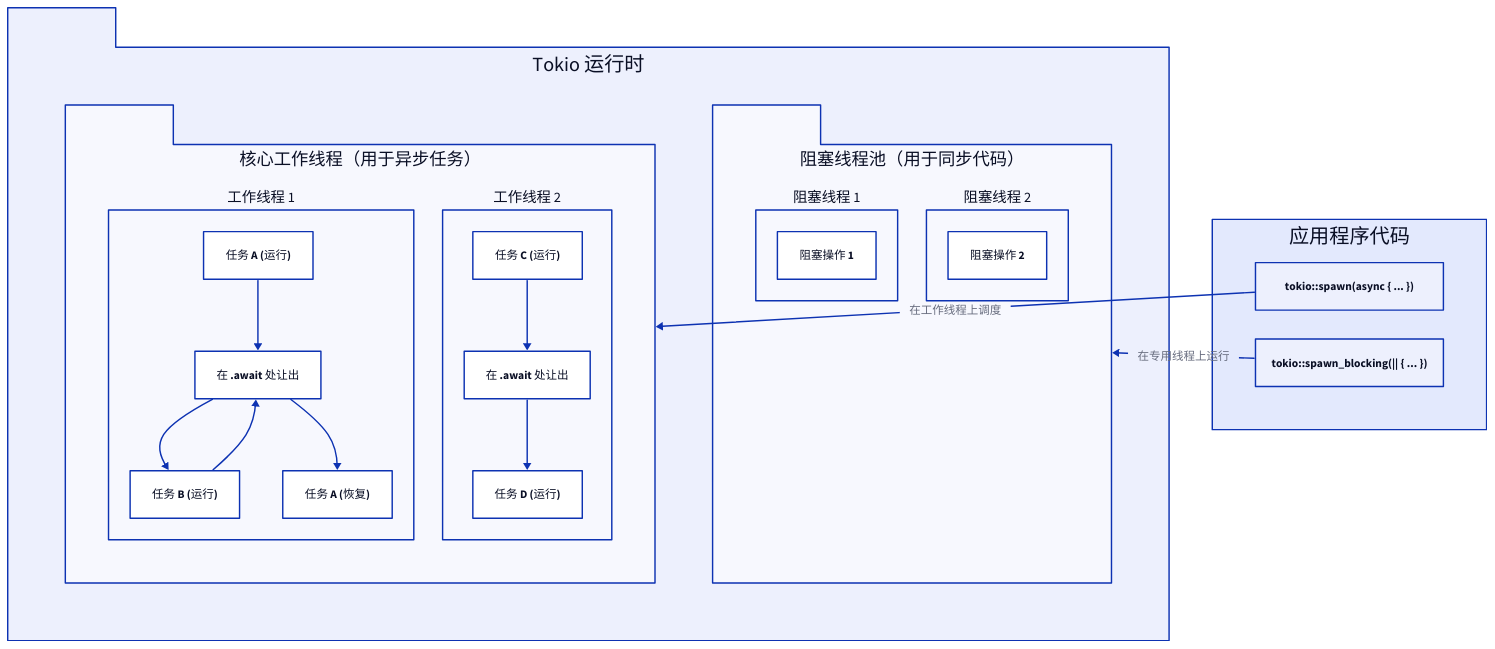
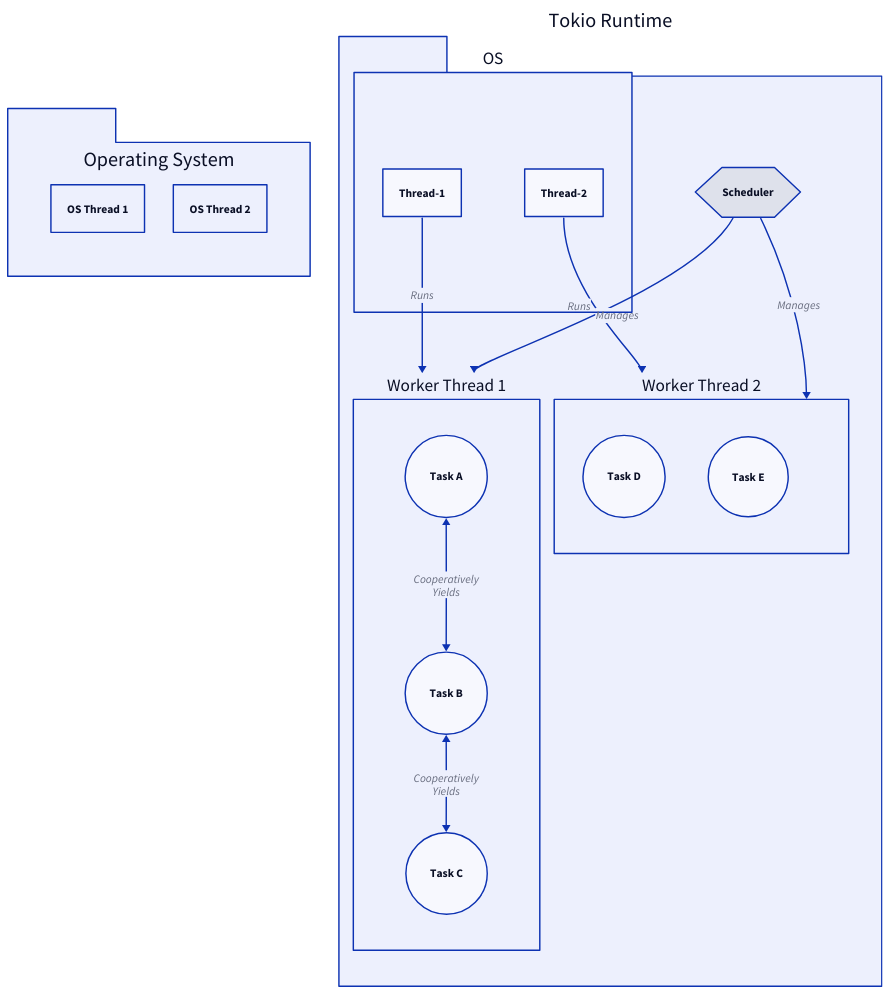
One commit to lban2049/tokio changed the diagram in .aigne/doc-smith/docs/concepts-tasks.zh.md. Above: the diagram before and after it, drawn with D2. The commit also changed other lines of this file and 40 other files, not shown here.

````diff
--- a/.aigne/doc-smith/docs/concepts-tasks.zh.md
+++ b/.aigne/doc-smith/docs/concepts-tasks.zh.md
@@ -17,55 +13,50 @@
 ```d2
 direction: down
 
-"Tokio 运行时": {
+OS: {
   shape: package
+  label: "Operating System"
   grid-columns: 2
-  grid-gap: 80
 
-  "核心工作线程": {
-    label: "核心工作线程（用于异步任务）"
-    shape: package
-    grid-columns: 2
-
-    "工作线程 1": {
-      shape: rectangle
-      "任务 A (运行)" -> "在 .await 处让出" -> "任务 B (运行)" -> "在 .await 处让出" -> "任务 A (恢复)"
-    }
-
-    "工作线程 2": {
-      shape: rectangle
-      "任务 C (运行)" -> "在 .await 处让出" -> "任务 D (运行)"
-    }
+  Thread-1: {
+    label: "OS Thread 1"
+    shape: rectangle
   }
-
-  "阻塞线程池": {
-    label: "阻塞线程池（用于同步代码）"
-    shape: package
-    grid-columns: 2
-
-    "阻塞线程 1": {
-      shape: rectangle
-      "阻塞操作 1"
-    }
-    "阻塞线程 2": {
-      shape: rectangle
-      "阻塞操作 2"
-    }
+  Thread-2: {
+    label: "OS Thread 2"
+    shape: rectangle
   }
 }
 
-"应用程序代码": {
-  shape: rectangle
-  grid-columns: 1
-  "spawn(async_fn)": {
-    label: "tokio::spawn(async { ... })"
+Tokio-Runtime: {
+  label: "Tokio Runtime"
+  shape: package
+
+  Scheduler: {
+    shape: hexagon
   }
-  "spawn_blocking(sync_fn)": {
-    label: "tokio::spawn_blocking(|| { ... })"
+
+  Worker-Thread-1: {
+    label: "Worker Thread 1"
+    shape: rectangle
+
+    Task-A: { label: "Task A"; shape: circle }
+    Task-B: { label: "Task B"; shape: circle }
+    Task-C: { label: "Task C"; shape: circle }
   }
+  Worker-Thread-2: {
+    label: "Worker Thread 2"
+    shape: rectangle
+
+    Task-D: { label: "Task D"; shape: circle }
+    Task-E: { label: "Task E"; shape: circle }
+  }
+
+  OS.Thread-1 -> Worker-Thread-1: "Runs"
+  OS.Thread-2 -> Worker-Thread-2: "Runs"
+  Scheduler -> Worker-Thread-1: "Manages"
+  Scheduler -> Worker-Thread-2: "Manages"
+  Worker-Thread-1.Task-A <-> Worker-Thread-1.Task-B: "Cooperatively\nYields"
+  Worker-Thread-1.Task-B <-> Worker-Thread-1.Task-C: "Cooperatively\nYields"
 }
-
-"应用程序代码"."spawn(async_fn)" -> "Tokio 运行时"."核心工作线程": "在工作线程上调度"
-"应用程序代码"."spawn_blocking(sync_fn)" -> "Tokio 运行时"."阻塞线程池": "在专用线程上运行"
-
 ```
````
